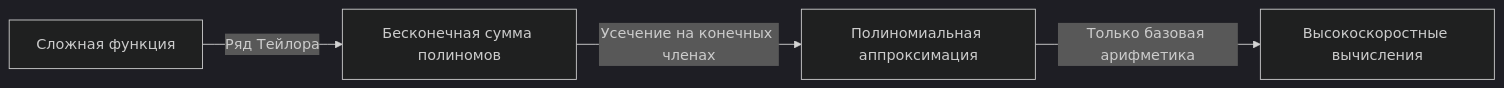
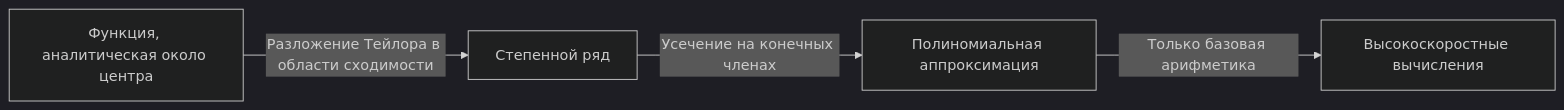
Before and after one commit to kenjinote/blog: the diagram in content/post/taylor-and-maclaurin-series/index.ru.md, drawn with Mermaid (dark theme). The commit also changed other lines of this file and 10 other files, not shown here.

````diff
--- a/content/post/taylor-and-maclaurin-series/index.ru.md
+++ b/content/post/taylor-and-maclaurin-series/index.ru.md
@@ -25,6 +26,6 @@
 ```mermaid
 flowchart LR
-    A["Сложная функция"] -->|"Ряд Тейлора"| B["Бесконечная сумма полиномов"]
+    A["Функция, аналитическая около центра"] -->|"Разложение Тейлора в области сходимости"| B["Степенной ряд"]
     B -->|"Усечение на конечных членах"| C["Полиномиальная аппроксимация"]
     C -->|"Только базовая арифметика"| D["Высокоскоростные вычисления"]
 ```
````
